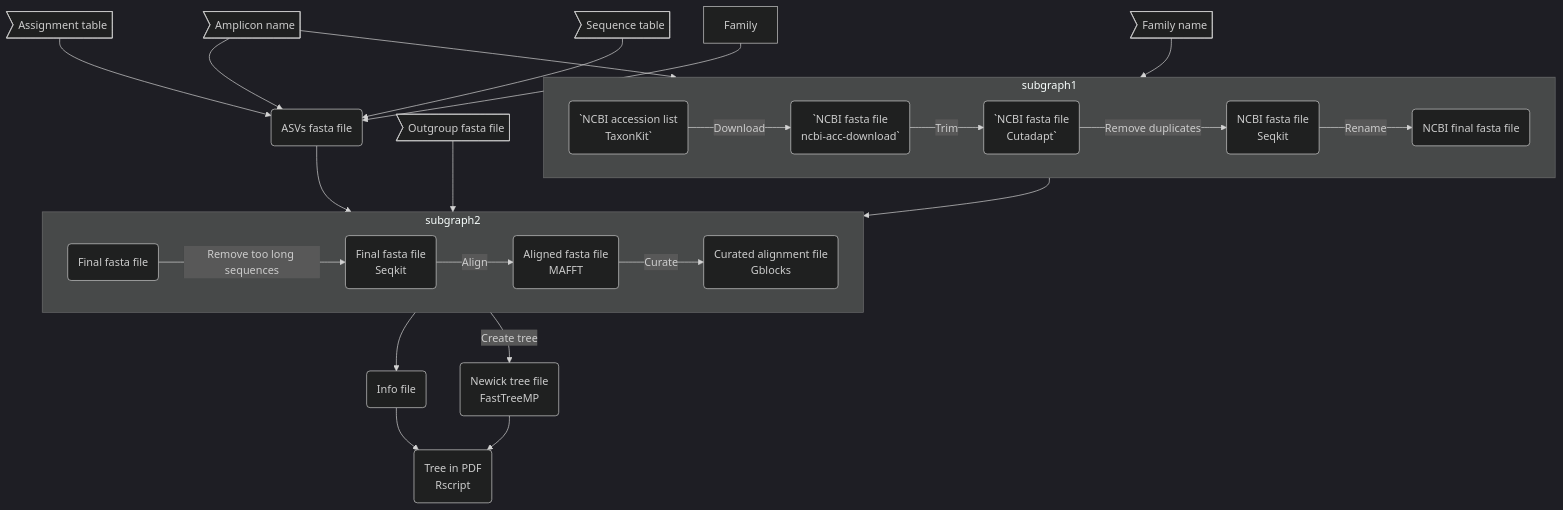
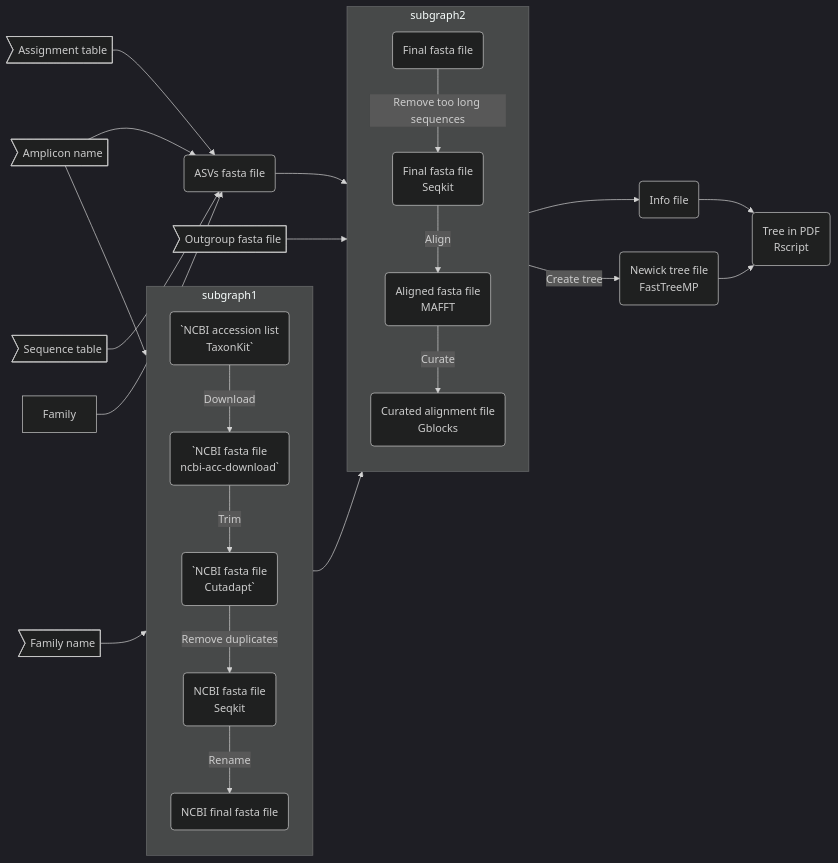
The diagram in README.md (Enorya/Phylo-tree_eDNA), drawn with Mermaid (dark theme) before and after one commit.

````diff
--- a/README.md
+++ b/README.md
@@ -24,46 +24,46 @@
 ```mermaid
-flowchart TB
+flowchart LR
 	amplicon>Amplicon name]
 	family>Family name]
 	Assign>Assignment table]
 	Seq>Sequence table]
 	Out>Outgroup fasta file]
 	step1(`NCBI accession list
 TaxonKit`)
 	step2(`NCBI fasta file
 ncbi-acc-download`)
 	step3(`NCBI fasta file
 Cutadapt`)
 	step4(NCBI fasta file
 Seqkit)
 	step5(NCBI final fasta file)
 	step6(ASVs fasta file)
 	step7(Final fasta file)
 	step8(Final fasta file
 Seqkit)
 	step9(Aligned fasta file
 MAFFT)
 	step10(Curated alignment file
 Gblocks)
 	step11(Newick tree file
 FastTreeMP)
 	step12(Info file)
 	step13(Tree in PDF
 Rscript)
 
 	subgraph subgraph1
-		direction LR
+		direction TB
         	step1 -->|Download| step2 -->|Trim| step3 -->|Remove duplicates| step4 -->|Rename| step5
 	end
 	subgraph subgraph2
-		direction LR
+		direction TB
         	step7 -->|Remove too long sequences| step8 -->|Align| step9 -->|Curate| step10
 	end
 	amplicon --> step1
 	family --> step1
 	amplicon & Assign & Seq & Family --> step6
 	step5 & Out & step6 --> step7
 	step10 --> step12 --> step13
 	step10 -->|Create tree| step11 --> step13
 
 ```
````
